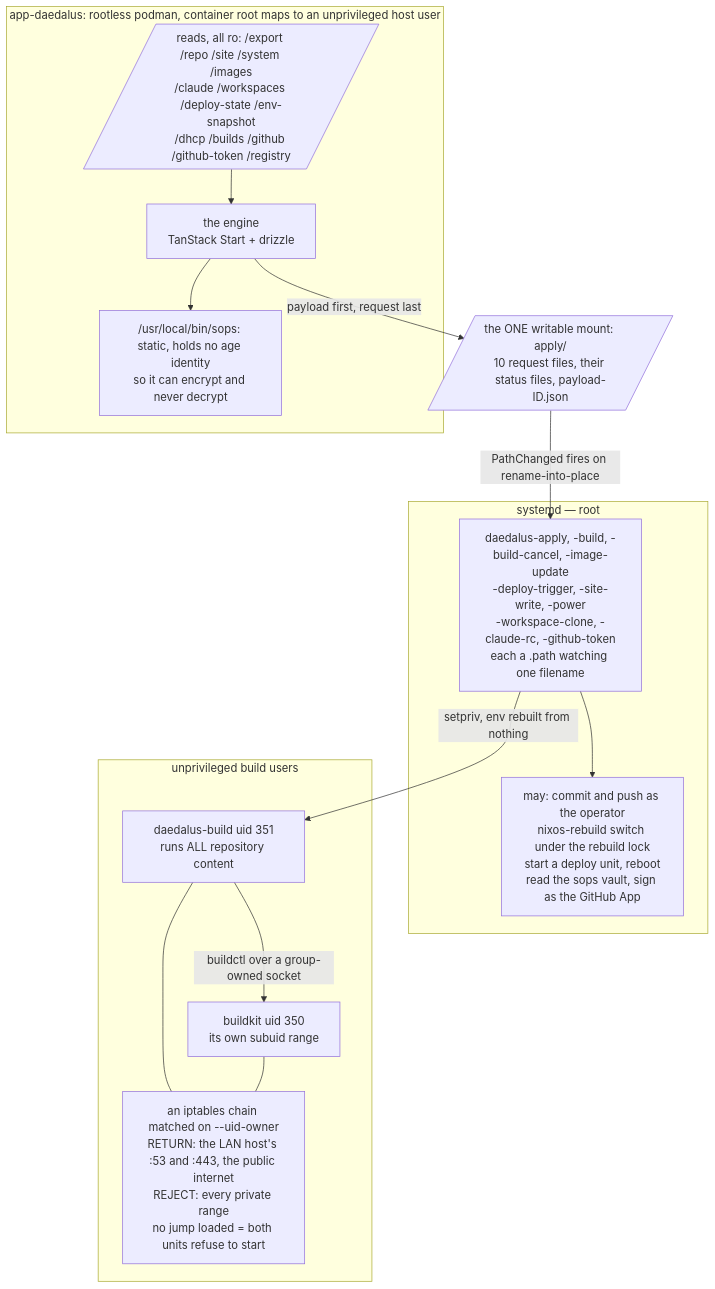
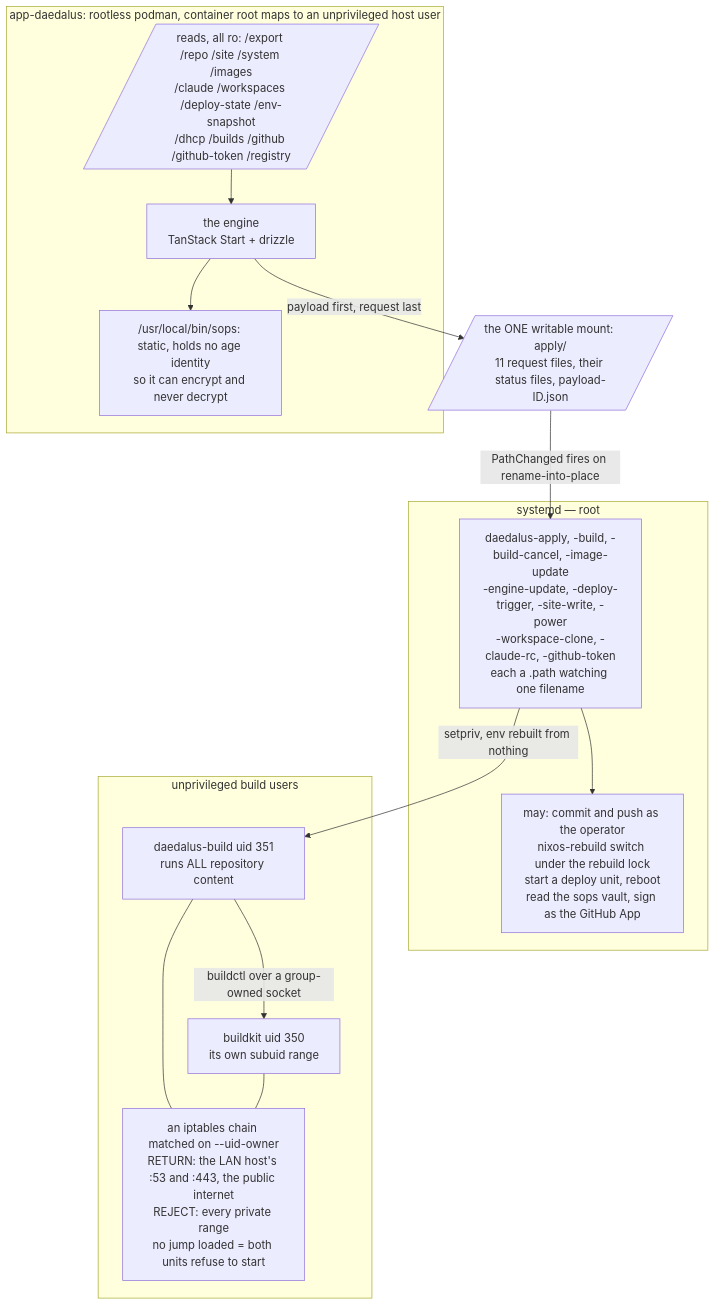
Before and after one commit to santiagotoscanini/daedalus: the second of 5 diagrams in ARCHITECTURE.md, drawn with Mermaid. The commit also changed other lines of this file and 37 other files, not shown here.

First line of the commit message:
app: the engine as a managed input — Update daedalus, the engine override, schema fixtures

````diff
--- a/ARCHITECTURE.md
+++ b/ARCHITECTURE.md
@@ -84,30 +84,30 @@
 ```mermaid
 flowchart TB
   subgraph unpriv["app-daedalus: rootless podman, container root maps to an unprivileged host user"]
     Engine["the engine<br/>TanStack Start + drizzle"]
     Rd[/"reads, all ro: /export /repo /site /system /images<br/>/claude /workspaces /deploy-state /env-snapshot<br/>/dhcp /builds /github /github-token /registry"/]
     Sops["/usr/local/bin/sops: static, holds no age identity<br/>so it can encrypt and never decrypt"]
   end
 
-  Wr[/"the ONE writable mount: apply/<br/>10 request files, their status files, payload-ID.json"/]
+  Wr[/"the ONE writable mount: apply/<br/>11 request files, their status files, payload-ID.json"/]
 
   subgraph priv["systemd — root"]
-    P["daedalus-apply, -build, -build-cancel, -image-update<br/>-deploy-trigger, -site-write, -power<br/>-workspace-clone, -claude-rc, -github-token<br/>each a .path watching one filename"]
+    P["daedalus-apply, -build, -build-cancel, -image-update<br/>-engine-update, -deploy-trigger, -site-write, -power<br/>-workspace-clone, -claude-rc, -github-token<br/>each a .path watching one filename"]
     Caps["may: commit and push as the operator<br/>nixos-rebuild switch under the rebuild lock<br/>start a deploy unit, reboot<br/>read the sops vault, sign as the GitHub App"]
   end
 
   subgraph fenced["unprivileged build users"]
     BU["daedalus-build uid 351<br/>runs ALL repository content"]
     BKU["buildkit uid 350<br/>its own subuid range"]
     Fence["an iptables chain matched on --uid-owner<br/>RETURN: the LAN host's :53 and :443, the public internet<br/>REJECT: every private range<br/>no jump loaded = both units refuse to start"]
   end
 
   Rd --> Engine
   Engine --> Sops
   Engine -- "payload first, request last" --> Wr
   Wr -- "PathChanged fires on rename-into-place" --> P --> Caps
   P -- "setpriv, env rebuilt from nothing" --> BU
   BU -- "buildctl over a group-owned socket" --> BKU
   BU --- Fence
   BKU --- Fence
 ```
````
